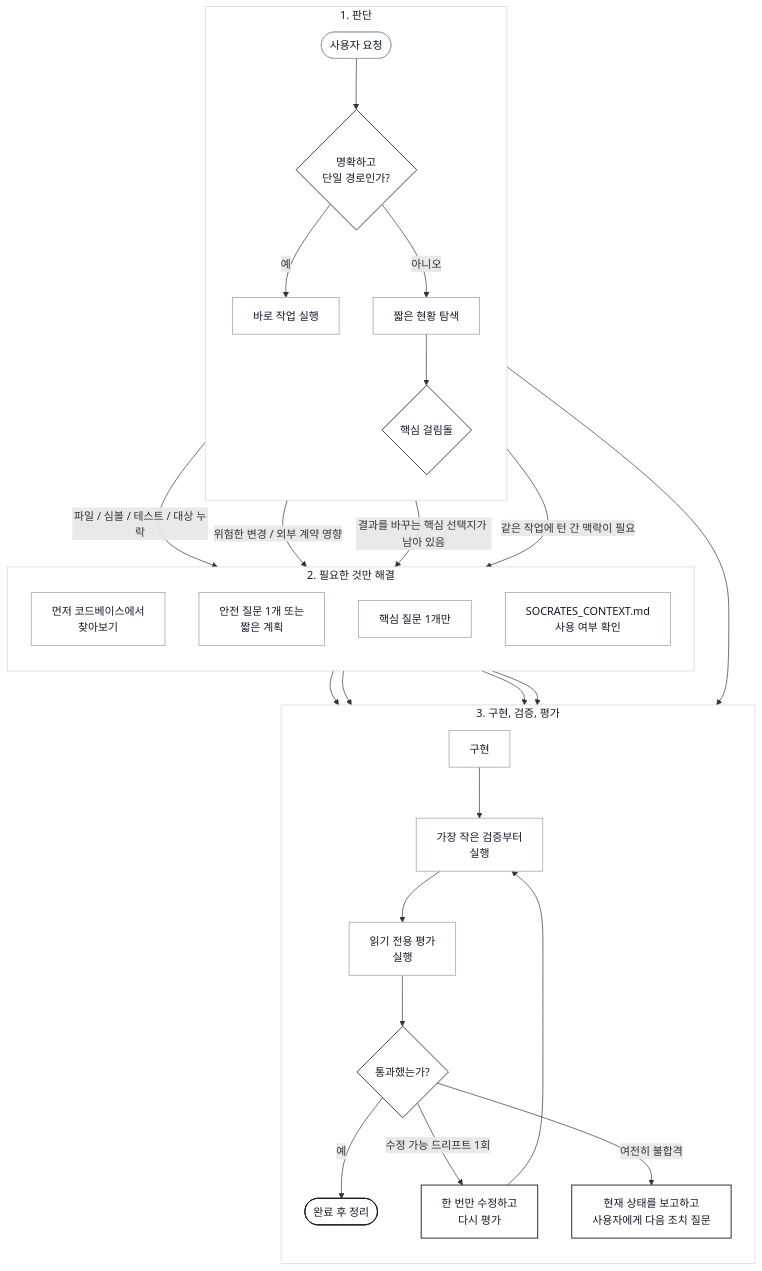
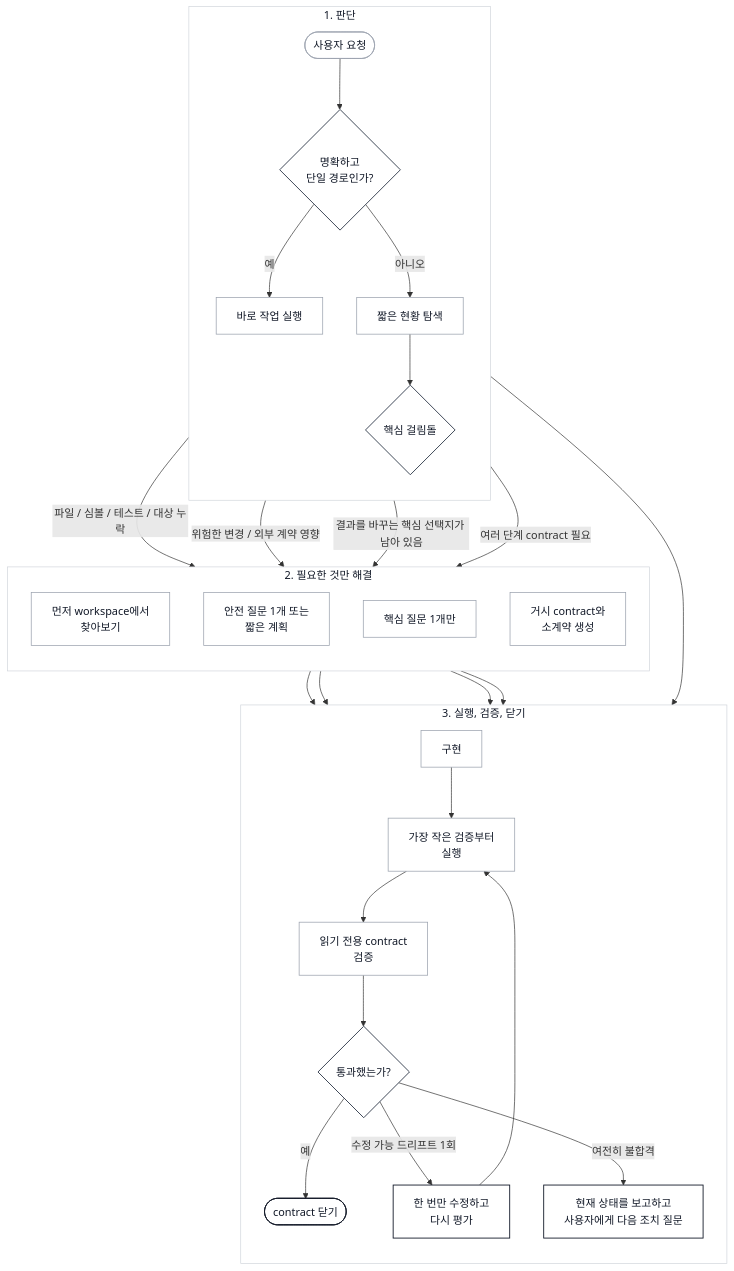
Before and after one commit to jiyeongjun/socrates-protocol: the diagram in README.ko.md, drawn with Mermaid. The commit also changed other lines of this file and 49 other files, not shown here.

````diff
--- a/README.ko.md
+++ b/README.ko.md
@@ -39,48 +39,48 @@
 ```mermaid
 flowchart TB
     classDef decision fill:#ffffff,stroke:#374151,stroke-width:1.4px,color:#111827;
     classDef action fill:#ffffff,stroke:#9ca3af,stroke-width:1.1px,color:#111827;
     classDef emphasis fill:#ffffff,stroke:#111827,stroke-width:1.3px,color:#111827;
 
     subgraph T["1. 판단"]
         direction TB
         A([사용자 요청]):::action --> B{명확하고<br/>단일 경로인가?}:::decision
         B -- 예 --> C[바로 작업 실행]:::action
         B -- 아니오 --> D[짧은 현황 탐색]:::action
         D --> E{핵심 걸림돌}:::decision
     end
 
     subgraph R["2. 필요한 것만 해결"]
         direction TB
-        F[먼저 코드베이스에서<br/>찾아보기]:::action
+        F[먼저 workspace에서<br/>찾아보기]:::action
         G[안전 질문 1개 또는<br/>짧은 계획]:::action
         H[핵심 질문 1개만]:::action
-        I[SOCRATES_CONTEXT.md<br/>사용 여부 확인]:::action
+        I[거시 contract와<br/>소계약 생성]:::action
     end
 
-    subgraph X["3. 구현, 검증, 평가"]
+    subgraph X["3. 실행, 검증, 닫기"]
         direction TB
         J[구현]:::action --> K[가장 작은 검증부터<br/>실행]:::action
-        K --> L[읽기 전용 평가<br/>실행]:::action
+        K --> L[읽기 전용 contract<br/>검증]:::action
         L --> M{통과했는가?}:::decision
-        M -- 예 --> N([완료 후 정리]):::emphasis
+        M -- 예 --> N([contract 닫기]):::emphasis
         M -- 수정 가능 드리프트 1회 --> O[한 번만 수정하고<br/>다시 평가]:::emphasis
         M -- 여전히 불합격 --> P[현재 상태를 보고하고<br/>사용자에게 다음 조치 질문]:::emphasis
     end
 
     E -- 파일 / 심볼 / 테스트 / 대상 누락 --> F
     E -- 위험한 변경 / 외부 계약 영향 --> G
     E -- 결과를 바꾸는 핵심 선택지가 남아 있음 --> H
-    E -- 같은 작업에 턴 간 맥락이 필요 --> I
+    E -- 여러 단계 contract 필요 --> I
 
     C --> K
     F --> J
     G --> J
     H --> J
     I --> J
     O --> K
 
     style T fill:#ffffff,stroke:#d1d5db,stroke-width:1px,color:#111827
     style R fill:#ffffff,stroke:#d1d5db,stroke-width:1px,color:#111827
     style X fill:#ffffff,stroke:#d1d5db,stroke-width:1px,color:#111827
 ```
````
